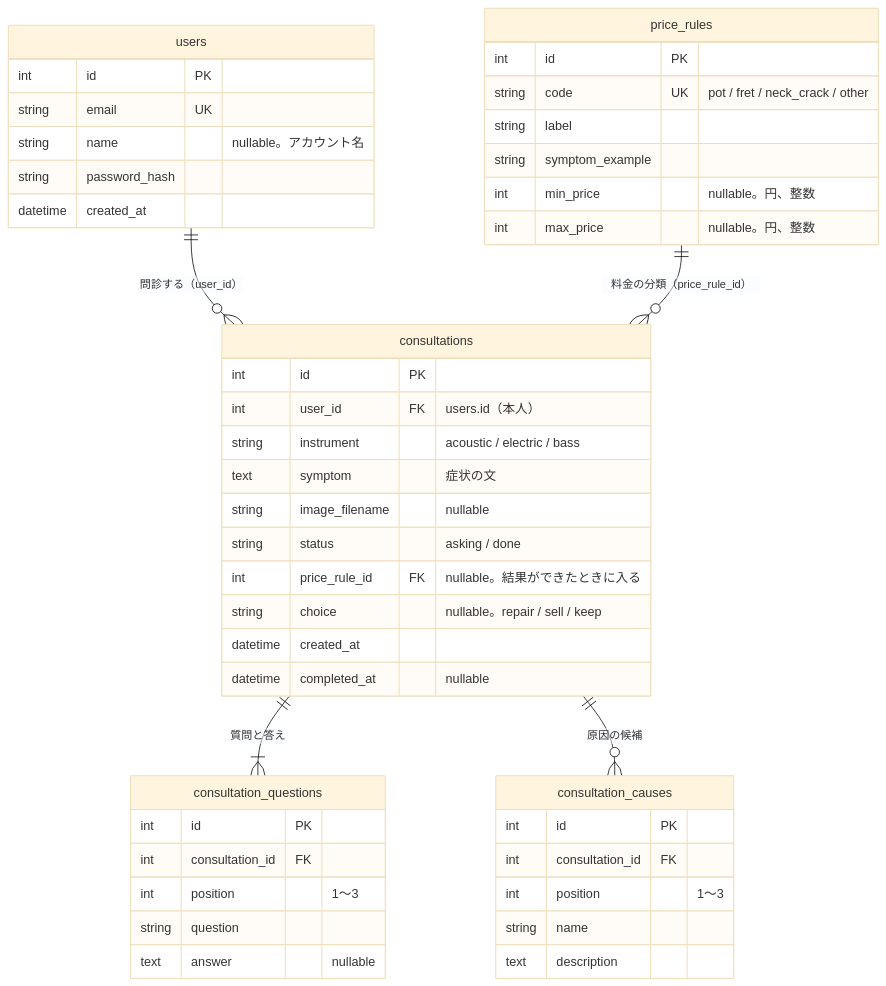
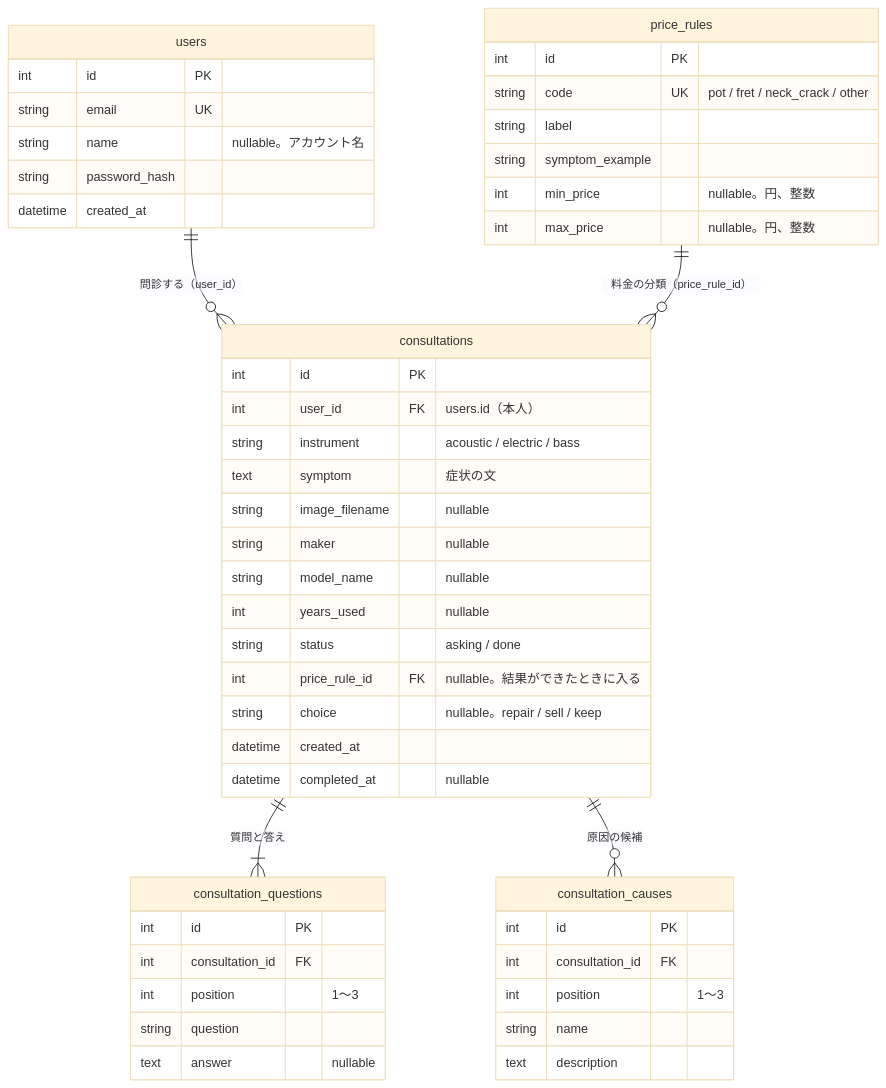
The diagram in docs/design/database.md (AI-keiriman/monshin-app), drawn with Mermaid (base theme) before and after one commit. The commit also changed other lines of this file and 12 other files, not shown here.

````diff
--- a/docs/design/database.md
+++ b/docs/design/database.md
@@ -9,49 +9,52 @@
 ```mermaid
 erDiagram
     users ||--o{ consultations : "問診する（user_id）"
     consultations ||--|{ consultation_questions : "質問と答え"
     consultations ||--o{ consultation_causes : "原因の候補"
     price_rules ||--o{ consultations : "料金の分類（price_rule_id）"
 
     users {
         int id PK
         string email UK
         string name "nullable。アカウント名"
         string password_hash
         datetime created_at
     }
     consultations {
         int id PK
         int user_id FK "users.id（本人）"
         string instrument "acoustic / electric / bass"
         text symptom "症状の文"
         string image_filename "nullable"
+        string maker "nullable"
+        string model_name "nullable"
+        int years_used "nullable"
         string status "asking / done"
         int price_rule_id FK "nullable。結果ができたときに入る"
         string choice "nullable。repair / sell / keep"
         datetime created_at
         datetime completed_at "nullable"
     }
     consultation_questions {
         int id PK
         int consultation_id FK
         int position "1〜3"
         string question
         text answer "nullable"
     }
     consultation_causes {
         int id PK
         int consultation_id FK
         int position "1〜3"
         string name
         text description
     }
     price_rules {
         int id PK
         string code UK "pot / fret / neck_crack / other"
         string label
         string symptom_example
         int min_price "nullable。円、整数"
         int max_price "nullable。円、整数"
     }
 ```
````
